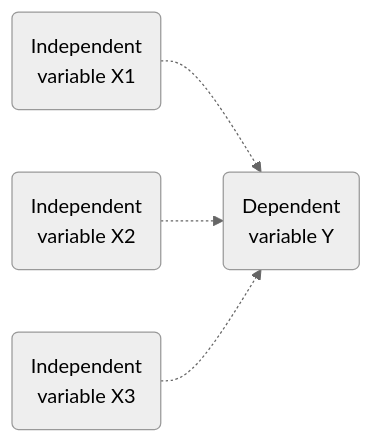
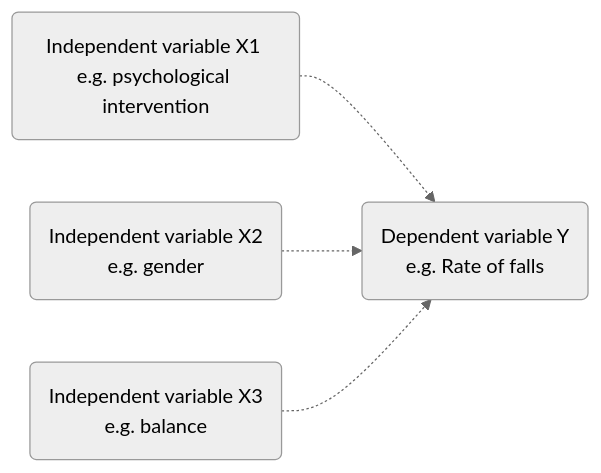
The third of 3 diagrams in intro.qmd (bougioukas/statsocial), drawn with Mermaid (neutral theme) before and after one commit. The commit also changed other lines of this file and 4 other files, not shown here.

````diff
--- a/intro.qmd
+++ b/intro.qmd
@@ -215,8 +204,8 @@
 ```{mermaid}
 %%| fig-align: center
 
 flowchart LR
-  A(Independent \nvariable X1) -.-> B(Dependent \nvariable Y)
-  C(Independent \nvariable X2) -.-> B
-  D(Independent \nvariable X3) -.-> B
+  A(Independent variable X1 \ne.g. psychological intervention) -.-> B(Dependent variable Y \ne.g. Rate of falls)
+  C(Independent variable X2 \ne.g. gender) -.-> B
+  D(Independent variable X3 \ne.g. balance) -.-> B
 ```
````
